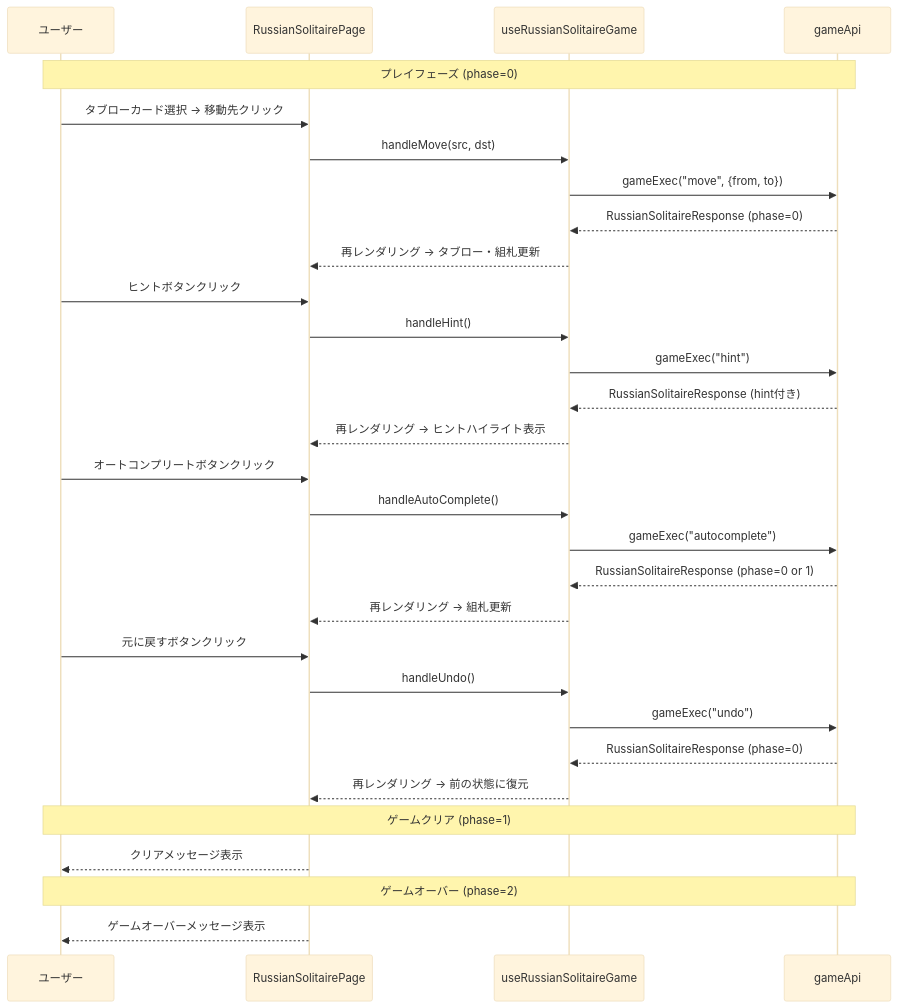
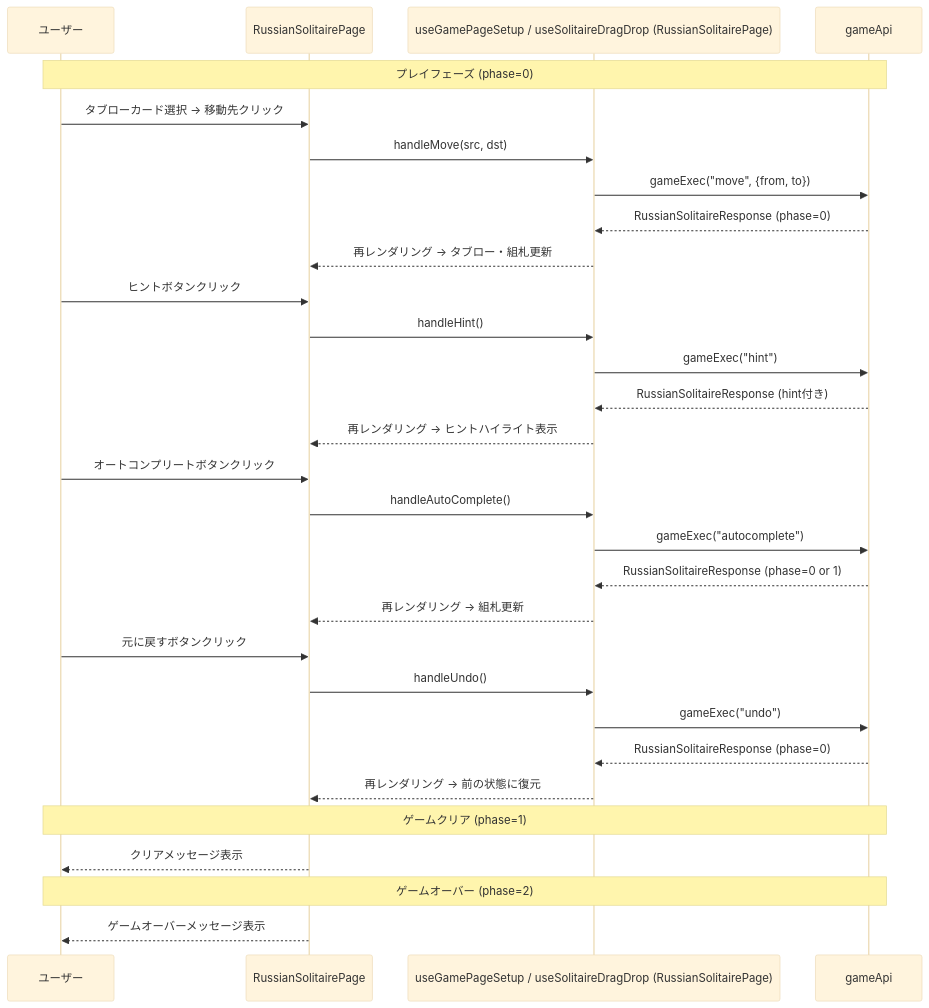
Before and after one commit to yuta-yoshinaga/go_trumpcards: diagram 35 of 49 in docs/design/frontend.md, drawn with Mermaid (base theme). The commit also changed other lines of this file and 11 other files, not shown here.

````diff
--- a/docs/design/frontend.md
+++ b/docs/design/frontend.md
@@ -2931,38 +2936,38 @@
 ```mermaid
 sequenceDiagram
     participant User as ユーザー
     participant Page as RussianSolitairePage
-    participant Hook as useRussianSolitaireGame
+    participant Hook as useGamePageSetup / useSolitaireDragDrop (RussianSolitairePage)
     participant API as gameApi
 
     Note over User,API: プレイフェーズ (phase=0)
     User->>Page: タブローカード選択 → 移動先クリック
     Page->>Hook: handleMove(src, dst)
     Hook->>API: gameExec("move", {from, to})
     API-->>Hook: RussianSolitaireResponse (phase=0)
     Hook-->>Page: 再レンダリング → タブロー・組札更新
 
     User->>Page: ヒントボタンクリック
     Page->>Hook: handleHint()
     Hook->>API: gameExec("hint")
     API-->>Hook: RussianSolitaireResponse (hint付き)
     Hook-->>Page: 再レンダリング → ヒントハイライト表示
 
     User->>Page: オートコンプリートボタンクリック
     Page->>Hook: handleAutoComplete()
     Hook->>API: gameExec("autocomplete")
     API-->>Hook: RussianSolitaireResponse (phase=0 or 1)
     Hook-->>Page: 再レンダリング → 組札更新
 
     User->>Page: 元に戻すボタンクリック
     Page->>Hook: handleUndo()
     Hook->>API: gameExec("undo")
     API-->>Hook: RussianSolitaireResponse (phase=0)
     Hook-->>Page: 再レンダリング → 前の状態に復元
 
     Note over User,API: ゲームクリア (phase=1)
     Page-->>User: クリアメッセージ表示
 
     Note over User,API: ゲームオーバー (phase=2)
     Page-->>User: ゲームオーバーメッセージ表示
 ```
````
